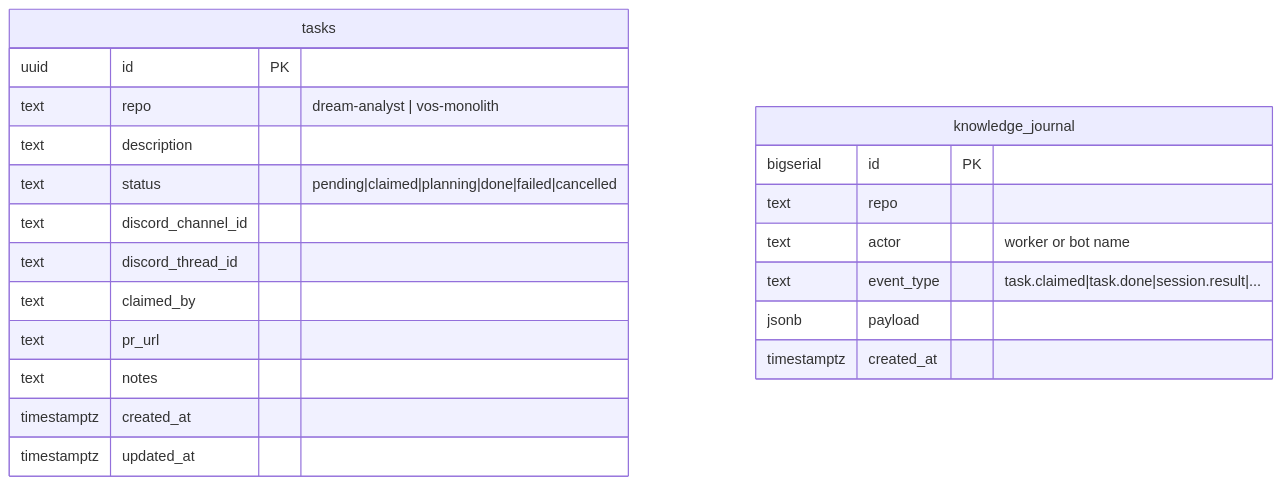
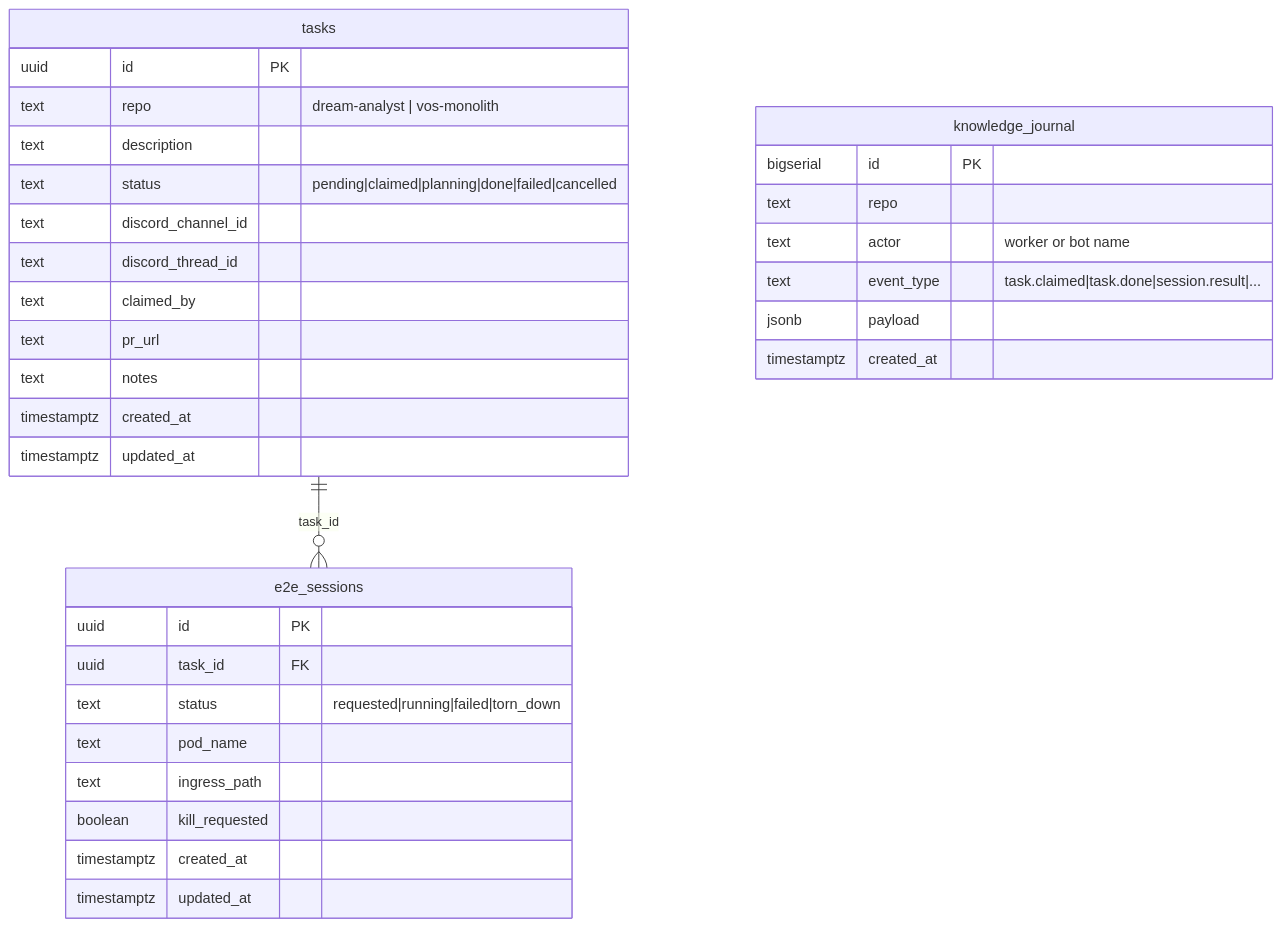
Before and after one commit to MohammadBnei/agent-fleet: the second of 2 diagrams in docs/ARCHITECTURE.md, drawn with Mermaid. The commit also changed other lines of this file and 22 other files, not shown here.

````diff
--- a/docs/ARCHITECTURE.md
+++ b/docs/ARCHITECTURE.md
@@ -150,24 +175,35 @@
 ```mermaid
 erDiagram
     tasks {
         uuid id PK
         text repo "dream-analyst | vos-monolith"
         text description
         text status "pending|claimed|planning|done|failed|cancelled"
         text discord_channel_id
         text discord_thread_id
         text claimed_by
         text pr_url
         text notes
         timestamptz created_at
         timestamptz updated_at
     }
     knowledge_journal {
         bigserial id PK
         text repo
         text actor "worker or bot name"
         text event_type "task.claimed|task.done|session.result|..."
         jsonb payload
         timestamptz created_at
     }
+    e2e_sessions {
+        uuid id PK
+        uuid task_id FK
+        text status "requested|running|failed|torn_down"
+        text pod_name
+        text ingress_path
+        boolean kill_requested
+        timestamptz created_at
+        timestamptz updated_at
+    }
+    tasks ||--o{ e2e_sessions : "task_id"
 ```
````
